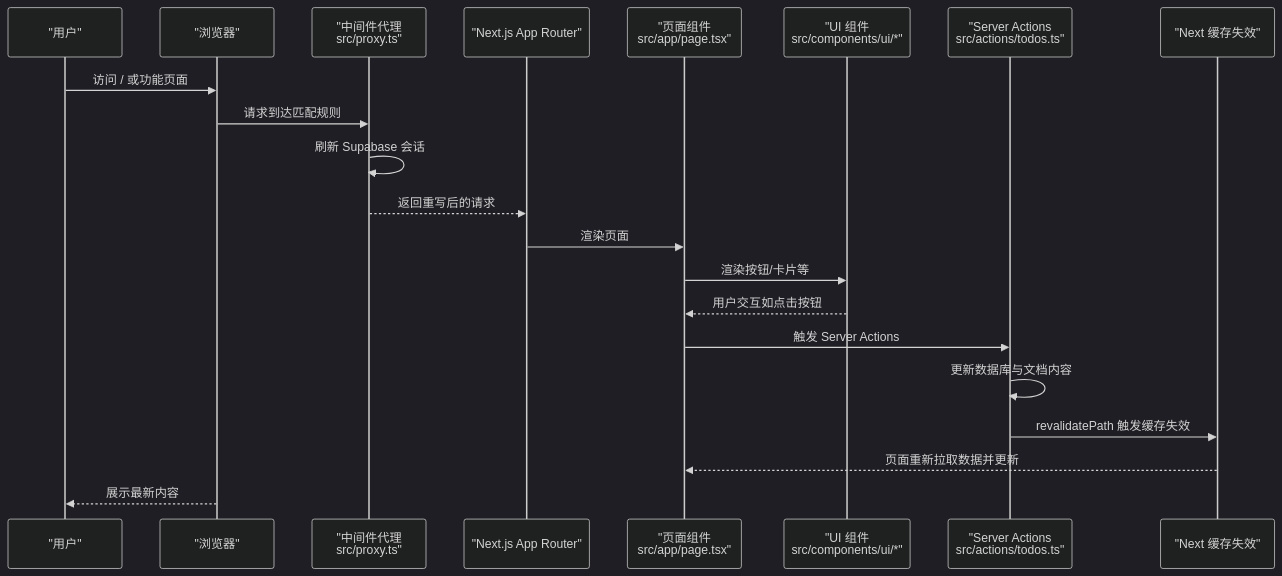
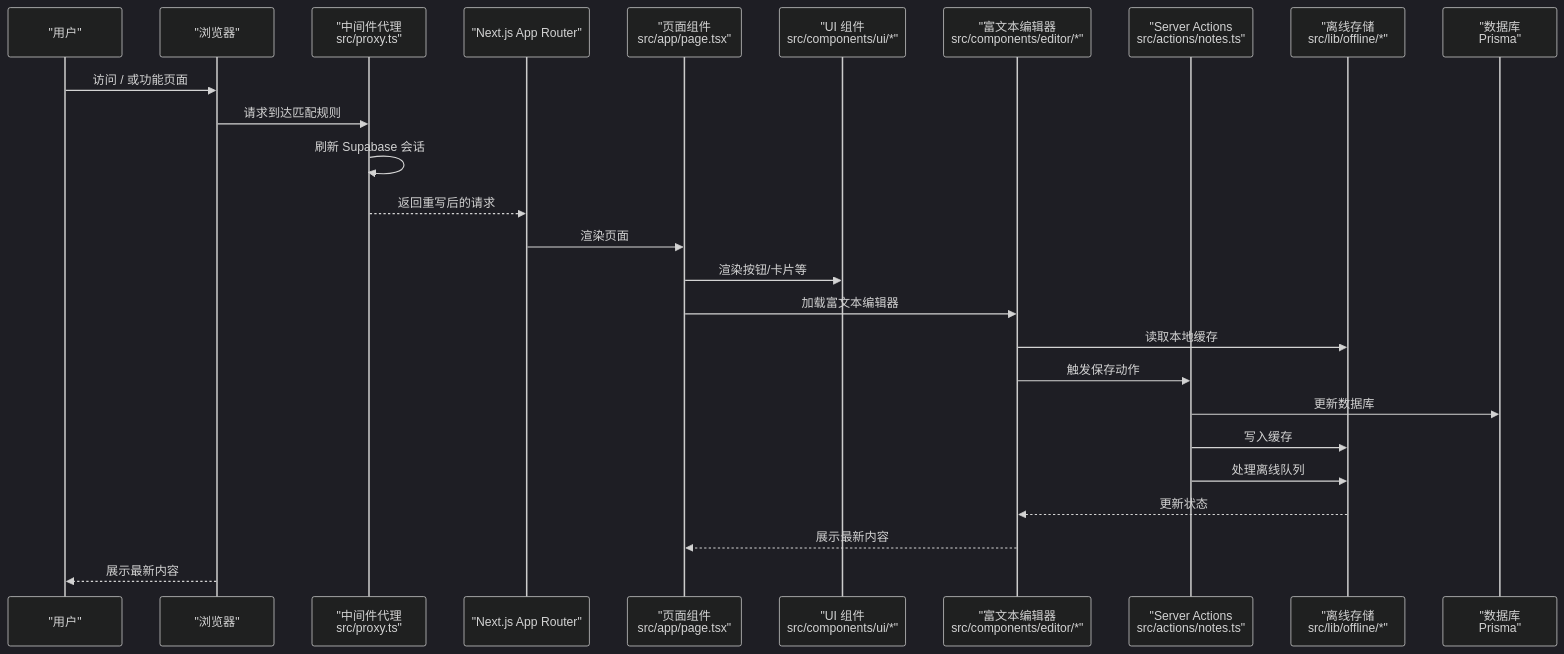
One commit to qiuziGirl/smart-todo changed the second of 11 diagrams in .qoder/repowiki/zh/content/架构设计/前端架构设计.md. Above: the diagram before and after it, drawn with Mermaid (dark theme). The commit also changed other lines of this file and 8 other files, not shown here.

````diff
--- a/.qoder/repowiki/zh/content/架构设计/前端架构设计.md
+++ b/.qoder/repowiki/zh/content/架构设计/前端架构设计.md
@@ -134,23 +159,28 @@
 ```mermaid
 sequenceDiagram
 participant U as "用户"
 participant B as "浏览器"
 participant MW as "中间件代理<br/>src/proxy.ts"
 participant APP as "Next.js App Router"
 participant PAGE as "页面组件<br/>src/app/page.tsx"
 participant UI as "UI 组件<br/>src/components/ui/*"
-participant ACT as "Server Actions<br/>src/actions/todos.ts"
-participant CACHE as "Next 缓存失效"
+participant EDITOR as "富文本编辑器<br/>src/components/editor/*"
+participant ACTIONS as "Server Actions<br/>src/actions/notes.ts"
+participant CACHE as "离线存储<br/>src/lib/offline/*"
+participant SERVER as "数据库<br/>Prisma"
 U->>B : 访问 / 或功能页面
 B->>MW : 请求到达匹配规则
 MW->>MW : 刷新 Supabase 会话
 MW-->>APP : 返回重写后的请求
 APP->>PAGE : 渲染页面
 PAGE->>UI : 渲染按钮/卡片等
-UI-->>PAGE : 用户交互如点击按钮
-PAGE->>ACT : 触发 Server Actions
-ACT->>ACT : 更新数据库与文档内容
-ACT->>CACHE : revalidatePath 触发缓存失效
-CACHE-->>PAGE : 页面重新拉取数据并更新
+PAGE->>EDITOR : 加载富文本编辑器
+EDITOR->>CACHE : 读取本地缓存
+EDITOR->>ACTIONS : 触发保存动作
+ACTIONS->>SERVER : 更新数据库
+ACTIONS->>CACHE : 写入缓存
+ACTIONS->>CACHE : 处理离线队列
+CACHE-->>EDITOR : 更新状态
+EDITOR-->>PAGE : 展示最新内容
 B-->>U : 展示最新内容
 ```
````
